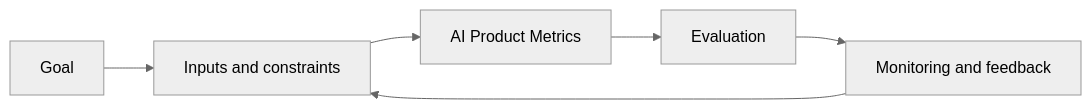
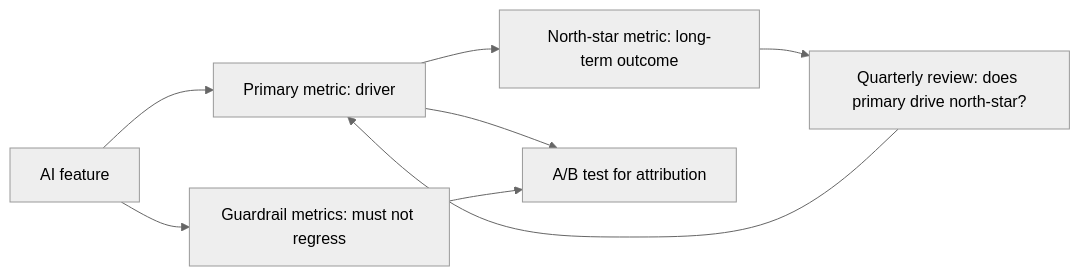
Before and after one commit to Icon1cc/Machine-Learning: the diagram in production-ai/11-ai-product-metrics.md, drawn with Mermaid (neutral theme). The commit also changed other lines of this file and 264 other files, not shown here.

````diff
--- a/production-ai/11-ai-product-metrics.md
+++ b/production-ai/11-ai-product-metrics.md
@@ -92,8 +290,10 @@
 ```mermaid
 flowchart LR
-    A[Goal] --> B[Inputs and constraints]
-    B --> C[AI Product Metrics]
-    C --> D[Evaluation]
-    D --> E[Monitoring and feedback]
-    E --> B
+    F[AI feature] --> P[Primary metric: driver]
+    F --> G[Guardrail metrics: must not regress]
+    P --> N[North-star metric: long-term outcome]
+    P --> AB[A/B test for attribution]
+    G --> AB
+    N --> Q[Quarterly review: does primary drive north-star?]
+    Q --> P
 ```
````
